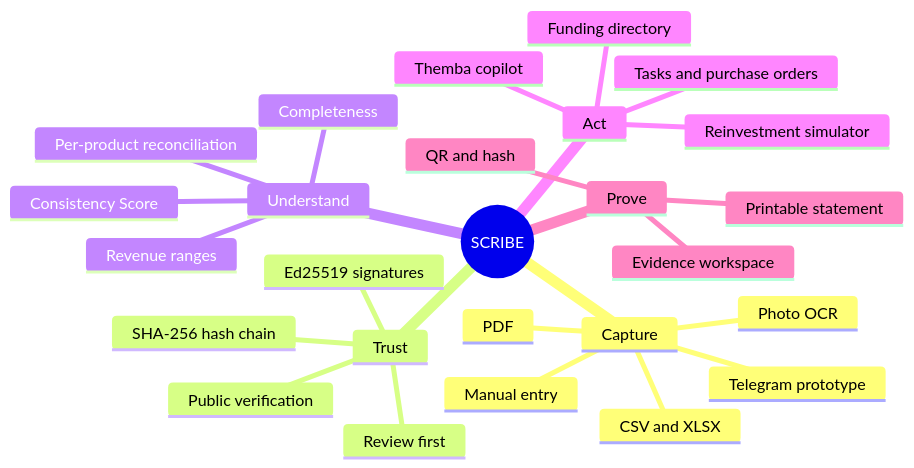
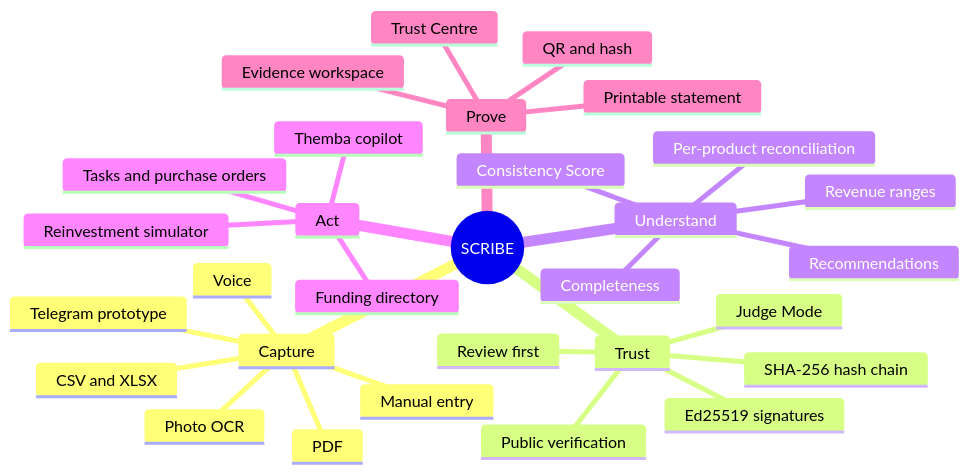
The third of 11 diagrams in README.md (vna-07/scribe-app), drawn with Mermaid before and after one commit. The commit also changed other lines of this file, not shown here.

````diff
--- a/README.md
+++ b/README.md
@@ -323,29 +454,33 @@
 ```mermaid
 mindmap
   root((SCRIBE))
     Capture
       Photo OCR
       CSV and XLSX
       PDF
+      Voice
       Manual entry
       Telegram prototype
     Trust
       SHA-256 hash chain
       Ed25519 signatures
       Public verification
+      Judge Mode
       Review first
     Understand
       Per-product reconciliation
       Revenue ranges
       Consistency Score
+      Recommendations
       Completeness
     Act
       Themba copilot
       Tasks and purchase orders
       Reinvestment simulator
       Funding directory
     Prove
       Printable statement
       QR and hash
       Evidence workspace
+      Trust Centre
 ```
````
